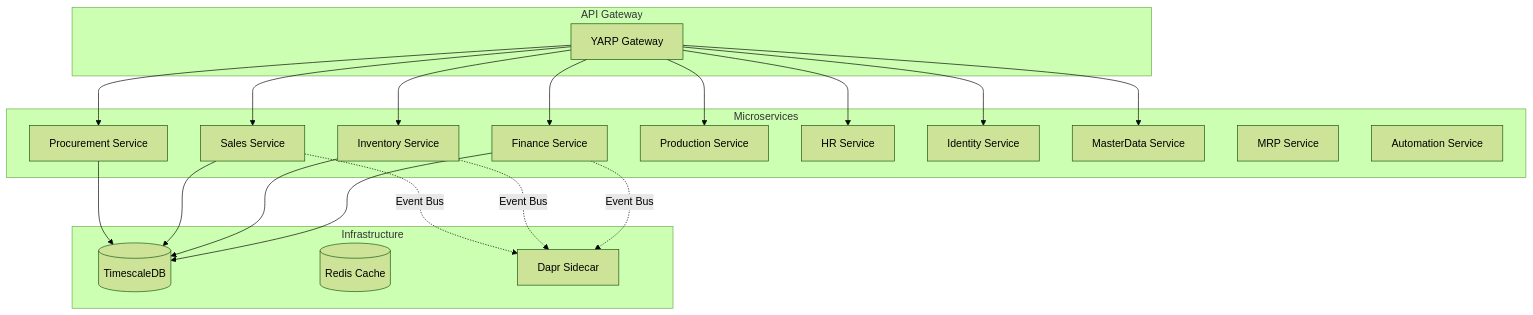
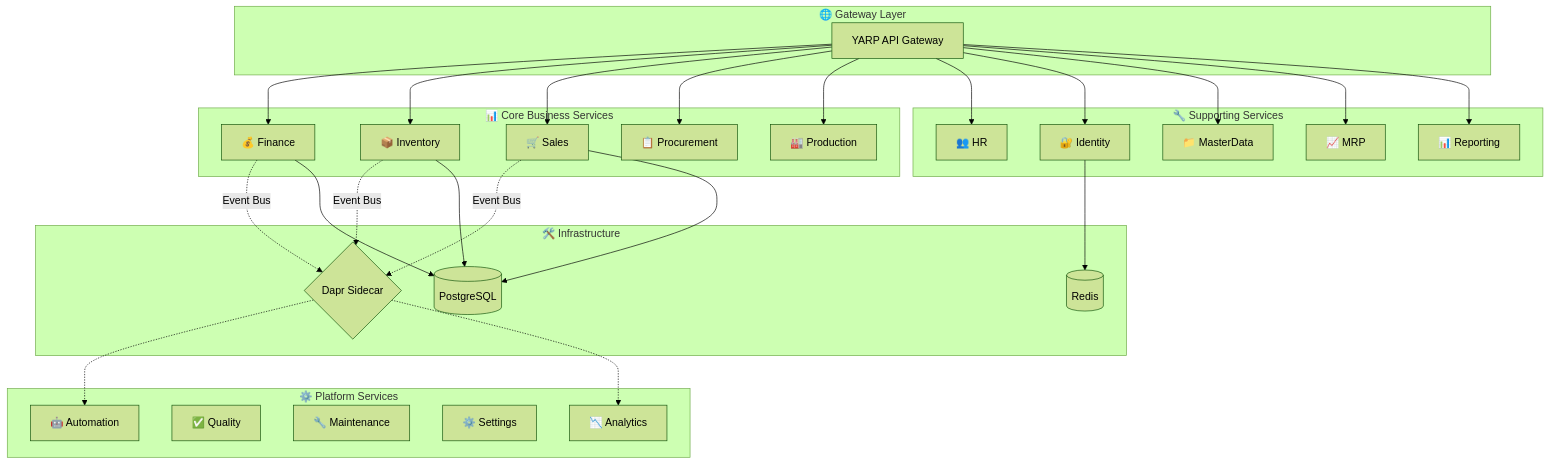
One commit to Edison0621/erp-microservice changed the diagram in README.md. Above: the diagram before and after it, drawn with Mermaid (forest theme). The commit also changed other lines of this file, not shown here.

````diff
--- a/README.md
+++ b/README.md
@@ -70,43 +108,45 @@
 ```mermaid
 graph TB
-    subgraph "API Gateway"
-        GW[YARP Gateway]
+    subgraph "🌐 Gateway Layer"
+        GW[YARP API Gateway]
     end
     
-    subgraph "Microservices"
-        FIN[Finance Service]
-        INV[Inventory Service]
-        SALES[Sales Service]
-        PROC[Procurement Service]
-        PROD[Production Service]
-        HR[HR Service]
-        ID[Identity Service]
-        MD[MasterData Service]
-        MRP[MRP Service]
-        AUTO[Automation Service]
+    subgraph "📊 Core Business Services"
+        FIN[💰 Finance]
+        INV[📦 Inventory]
+        SALES[🛒 Sales]
+        PROC[📋 Procurement]
+        PROD[🏭 Production]
     end
     
-    subgraph "Infrastructure"
-        PG[(TimescaleDB)]
-        REDIS[(Redis Cache)]
-        DAPR[Dapr Sidecar]
+    subgraph "🔧 Supporting Services"
+        HR[👥 HR]
+        ID[🔐 Identity]
+        MD[📁 MasterData]
+        MRP[📈 MRP]
+        RPT[📊 Reporting]
     end
     
-    GW --> FIN
-    GW --> INV
-    GW --> SALES
-    GW --> PROC
-    GW --> PROD
-    GW --> HR
-    GW --> ID
-    GW --> MD
+    subgraph "⚙️ Platform Services"
+        AUTO[🤖 Automation]
+        QUAL[✅ Quality]
+        MAINT[🔧 Maintenance]
+        SET[⚙️ Settings]
+        ANA[📉 Analytics]
+    end
     
-    FIN --> PG
-    INV --> PG
-    SALES --> PG
-    PROC --> PG
+    subgraph "🛠️ Infrastructure"
+        PG[(PostgreSQL)]
+        REDIS[(Redis)]
+        DAPR{Dapr Sidecar}
+    end
     
-    FIN -.Event Bus.-> DAPR
-    INV -.Event Bus.-> DAPR
-    SALES -.Event Bus.-> DAPR
+    GW --> FIN & INV & SALES & PROC & PROD
+    GW --> HR & ID & MD & MRP & RPT
+    
+    FIN & INV & SALES -.->|Event Bus| DAPR
+    DAPR -.-> AUTO & ANA
+    
+    FIN & INV & SALES --> PG
+    ID --> REDIS
 ```
````
